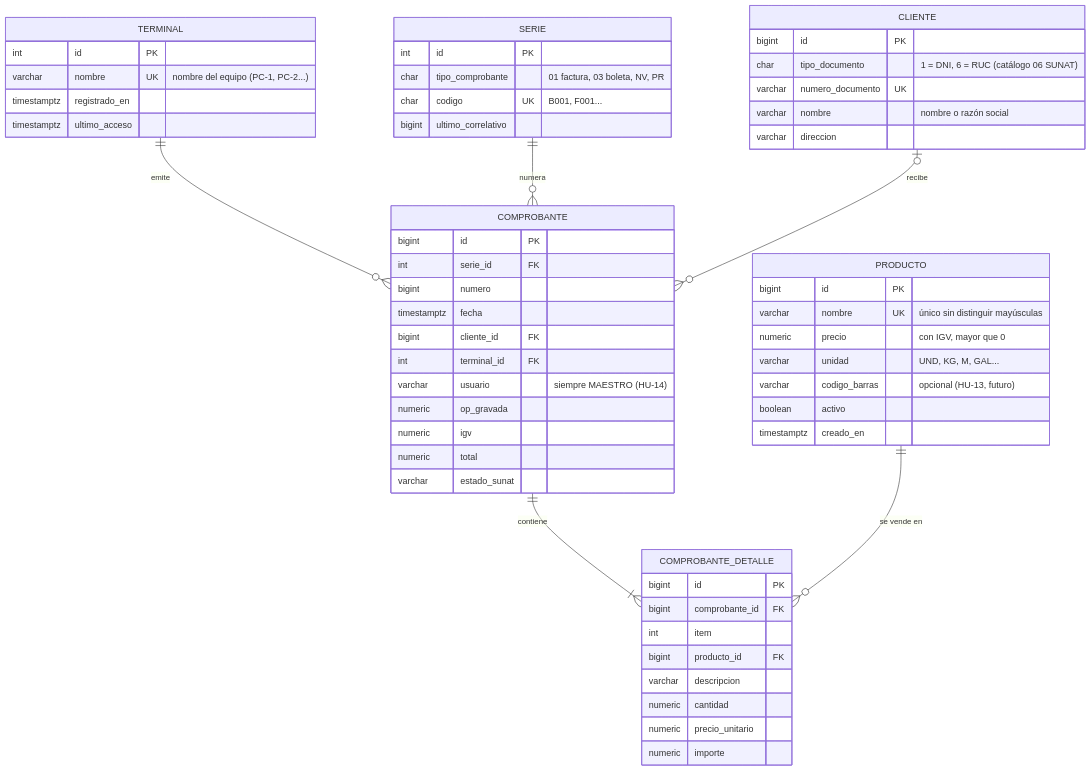
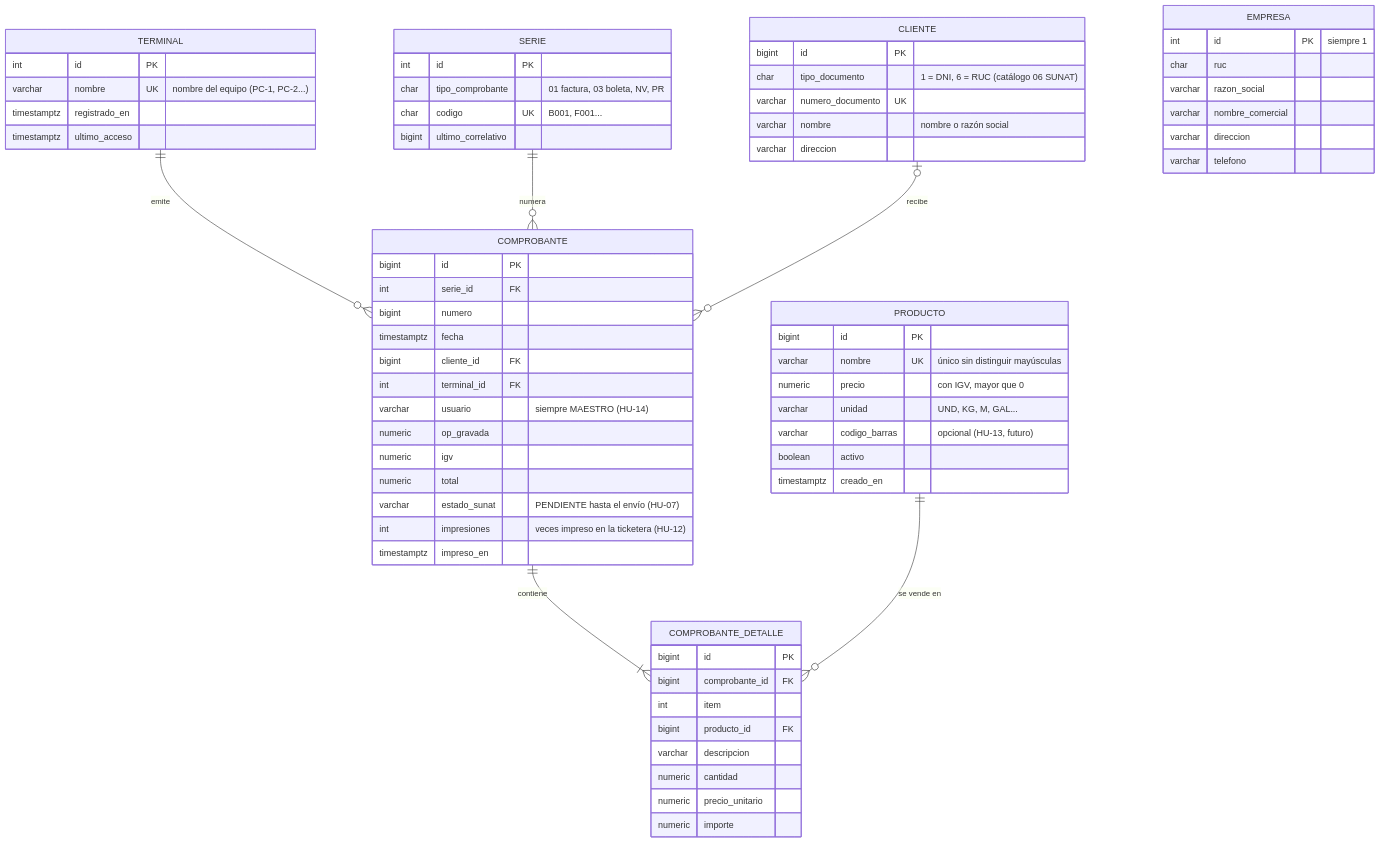
One commit to ianthony4/Sistema_Logistico_Condor changed the diagram in docs/modelo_datos.md. Above: the diagram before and after it, drawn with Mermaid. The commit also changed other lines of this file and 5 other files, not shown here.

````diff
--- a/docs/modelo_datos.md
+++ b/docs/modelo_datos.md
@@ -9,60 +9,70 @@
 ```mermaid
 erDiagram
     TERMINAL ||--o{ COMPROBANTE : "emite"
     SERIE ||--o{ COMPROBANTE : "numera"
     CLIENTE |o--o{ COMPROBANTE : "recibe"
     COMPROBANTE ||--|{ COMPROBANTE_DETALLE : "contiene"
     PRODUCTO ||--o{ COMPROBANTE_DETALLE : "se vende en"
 
     TERMINAL {
         int id PK
         varchar nombre UK "nombre del equipo (PC-1, PC-2...)"
         timestamptz registrado_en
         timestamptz ultimo_acceso
     }
     PRODUCTO {
         bigint id PK
         varchar nombre UK "único sin distinguir mayúsculas"
         numeric precio "con IGV, mayor que 0"
         varchar unidad "UND, KG, M, GAL..."
         varchar codigo_barras "opcional (HU-13, futuro)"
         boolean activo
         timestamptz creado_en
     }
     CLIENTE {
         bigint id PK
         char tipo_documento "1 = DNI, 6 = RUC (catálogo 06 SUNAT)"
         varchar numero_documento UK
         varchar nombre "nombre o razón social"
         varchar direccion
     }
     SERIE {
         int id PK
         char tipo_comprobante "01 factura, 03 boleta, NV, PR"
         char codigo UK "B001, F001..."
         bigint ultimo_correlativo
     }
     COMPROBANTE {
         bigint id PK
         int serie_id FK
         bigint numero
         timestamptz fecha
         bigint cliente_id FK
         int terminal_id FK
         varchar usuario "siempre MAESTRO (HU-14)"
         numeric op_gravada
         numeric igv
         numeric total
-        varchar estado_sunat
+        varchar estado_sunat "PENDIENTE hasta el envío (HU-07)"
+        int impresiones "veces impreso en la ticketera (HU-12)"
+        timestamptz impreso_en
     }
     COMPROBANTE_DETALLE {
         bigint id PK
         bigint comprobante_id FK
         int item
         bigint producto_id FK
         varchar descripcion
         numeric cantidad
         numeric precio_unitario
         numeric importe
     }
+    EMPRESA {
+        int id PK "siempre 1"
+        char ruc
+        varchar razon_social
+        varchar nombre_comercial
+        varchar direccion
+        varchar telefono
+    }
 ```
````
